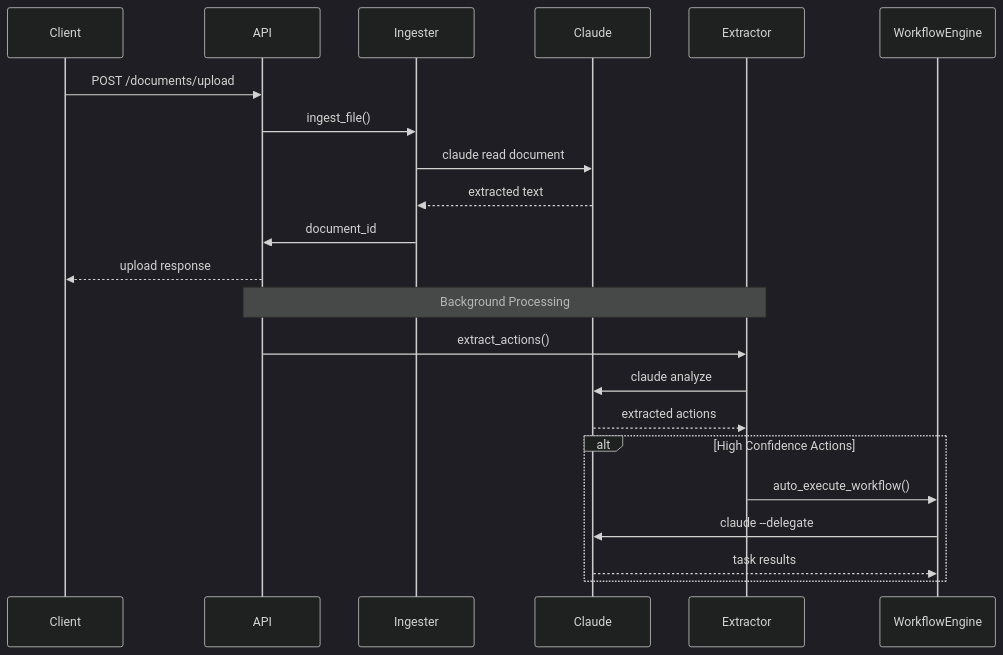
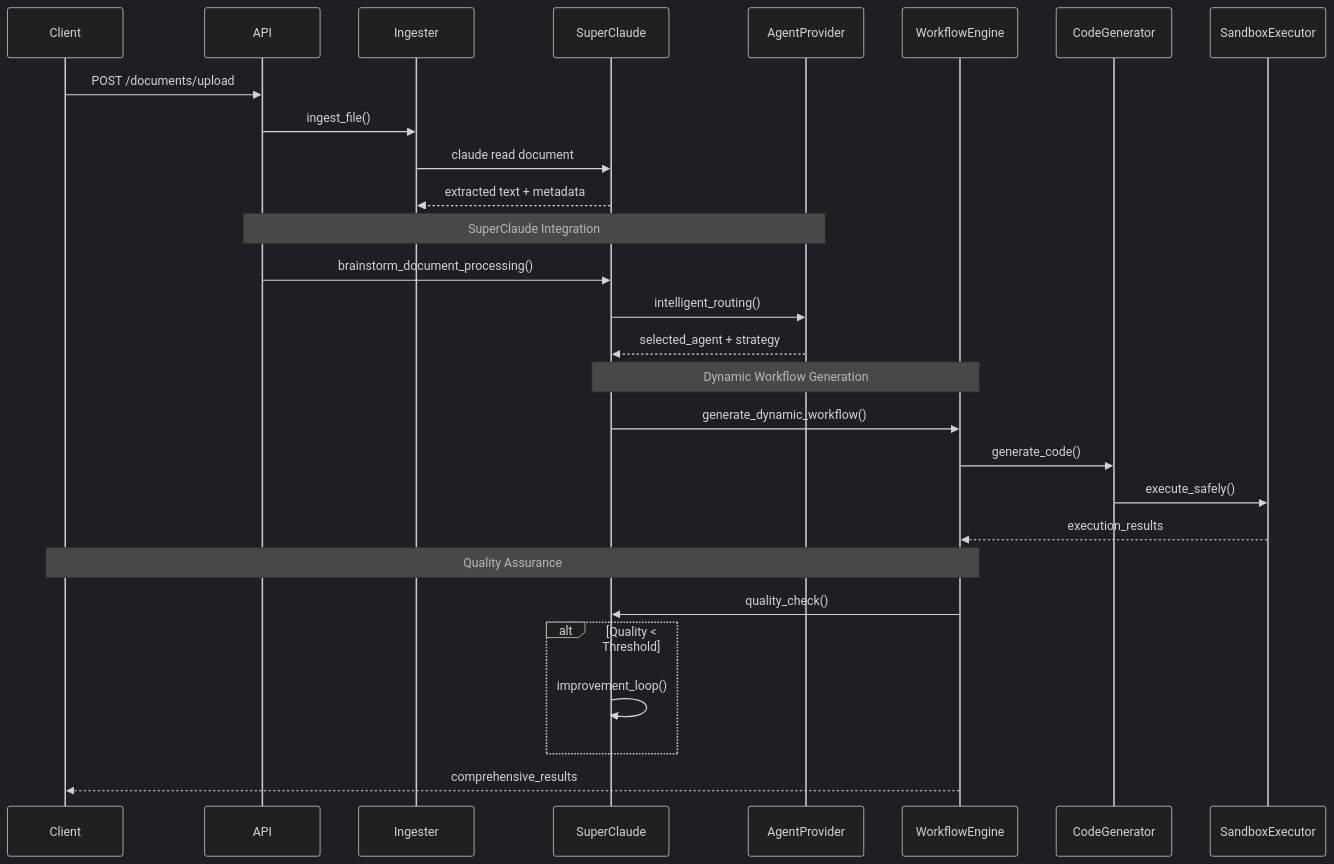
One commit to Tony363/DocAutomate changed the second of 2 diagrams in README.md. Above: the diagram before and after it, drawn with Mermaid (dark theme). The commit also changed other lines of this file and 4 other files, not shown here.

````diff
--- a/README.md
+++ b/README.md
@@ -59,27 +93,35 @@
 ```mermaid
 sequenceDiagram
     participant Client
     participant API
     participant Ingester
-    participant Claude
-    participant Extractor
+    participant SuperClaude
+    participant AgentProvider
     participant WorkflowEngine
+    participant CodeGenerator
+    participant SandboxExecutor
     
     Client->>API: POST /documents/upload
     API->>Ingester: ingest_file()
-    Ingester->>Claude: claude read document
-    Claude-->>Ingester: extracted text
-    Ingester->>API: document_id
-    API-->>Client: upload response
+    Ingester->>SuperClaude: claude read document
+    SuperClaude-->>Ingester: extracted text + metadata
     
-    Note over API,Extractor: Background Processing
-    API->>Extractor: extract_actions()
-    Extractor->>Claude: claude analyze
-    Claude-->>Extractor: extracted actions
+    Note over API,AgentProvider: SuperClaude Integration
+    API->>SuperClaude: brainstorm_document_processing()
+    SuperClaude->>AgentProvider: intelligent_routing()
+    AgentProvider-->>SuperClaude: selected_agent + strategy
     
-    alt High Confidence Actions
-        Extractor->>WorkflowEngine: auto_execute_workflow()
-        WorkflowEngine->>Claude: claude --delegate
-        Claude-->>WorkflowEngine: task results
+    Note over SuperClaude,WorkflowEngine: Dynamic Workflow Generation
+    SuperClaude->>WorkflowEngine: generate_dynamic_workflow()
+    WorkflowEngine->>CodeGenerator: generate_code()
+    CodeGenerator->>SandboxExecutor: execute_safely()
+    SandboxExecutor-->>WorkflowEngine: execution_results
+    
+    Note over WorkflowEngine,Client: Quality Assurance
+    WorkflowEngine->>SuperClaude: quality_check()
+    alt Quality < Threshold
+        SuperClaude->>SuperClaude: improvement_loop()
     end
+    
+    WorkflowEngine-->>Client: comprehensive_results
 ```
````
